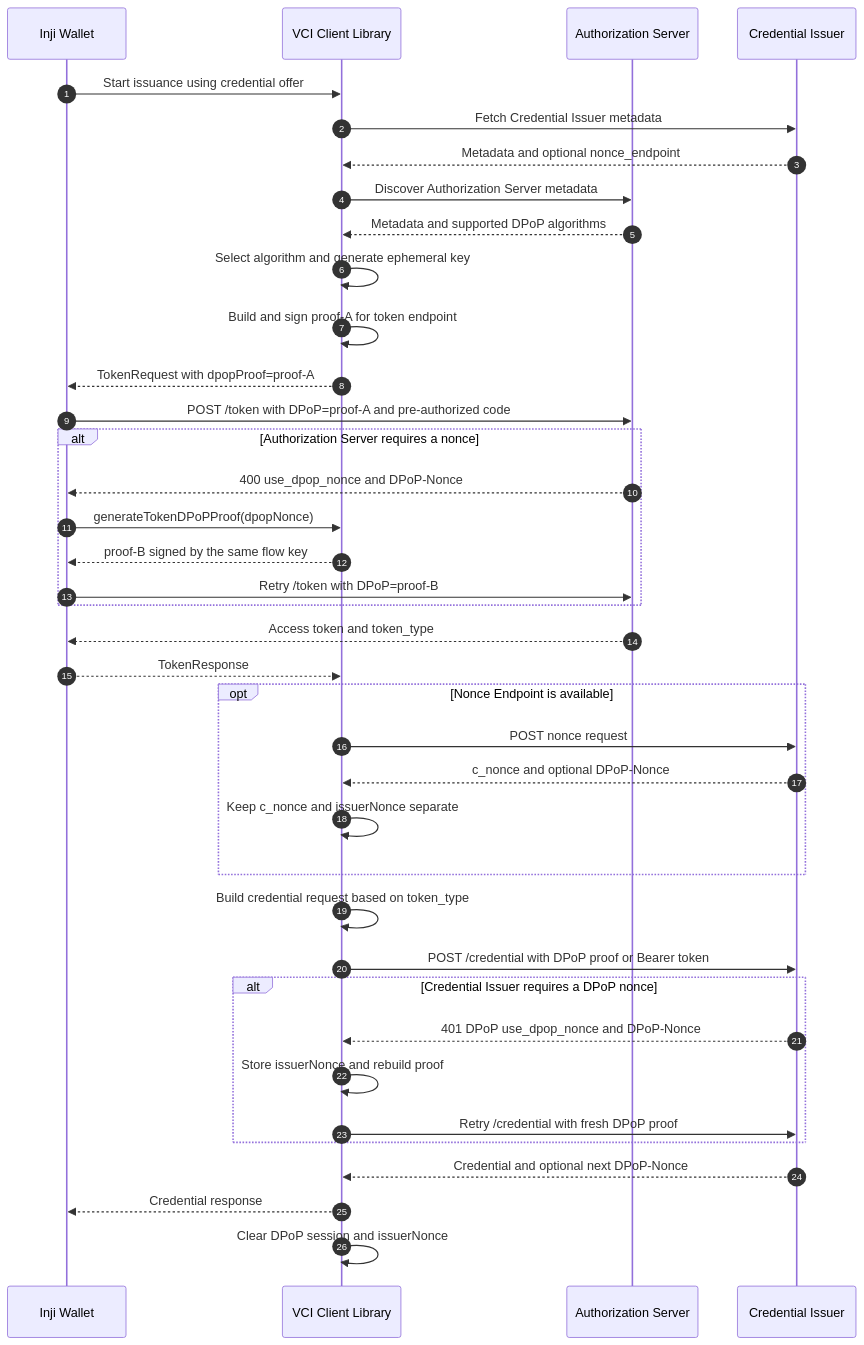
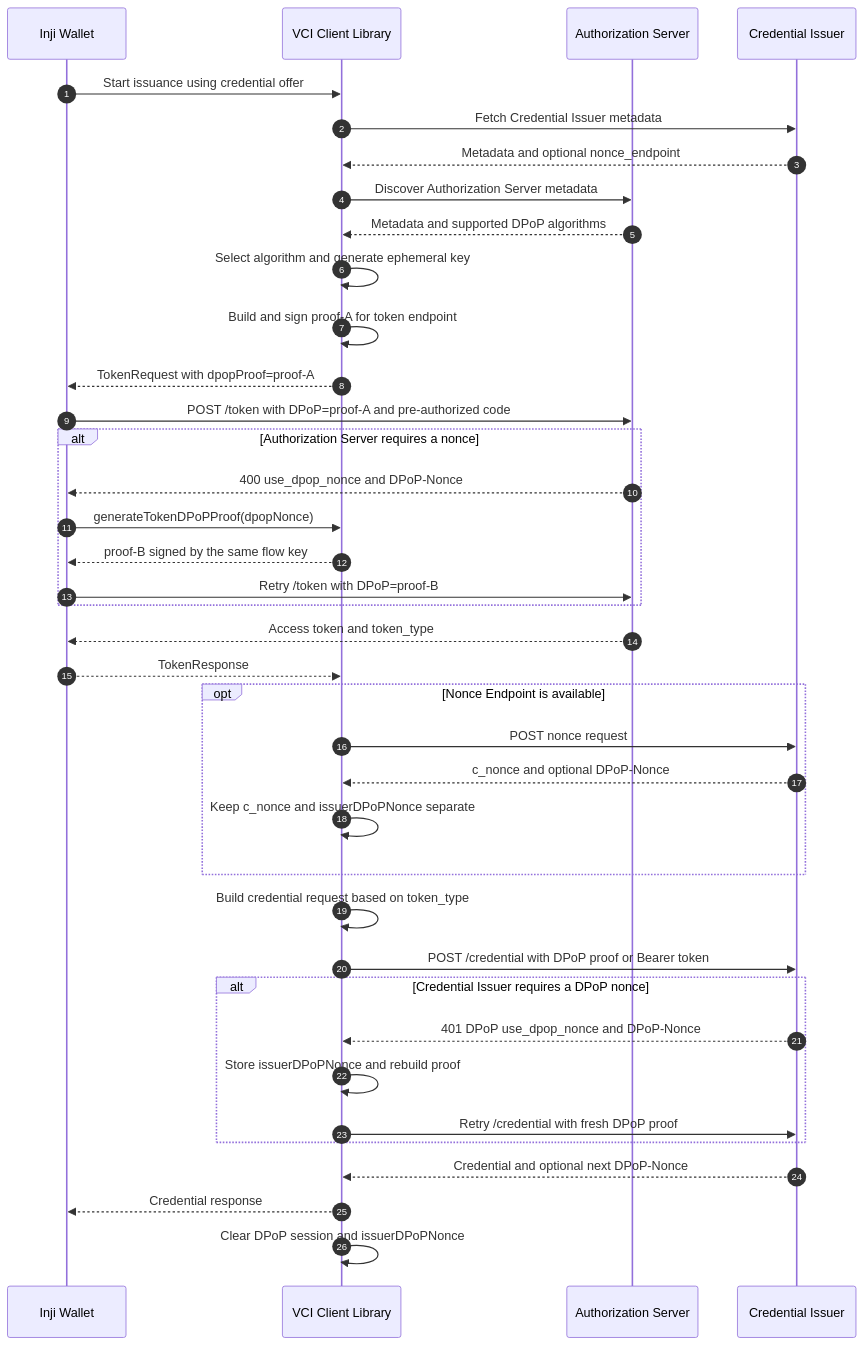
Before and after one commit to inji/inji-wallet: the second of 9 diagrams in docs/dpop-support.md, drawn with Mermaid. The commit also changed other lines of this file, not shown here.

First line of the commit message:
docs(dpop): clarify nonce naming and token endpoint boundary

````diff
--- a/docs/dpop-support.md
+++ b/docs/dpop-support.md
@@ -140,41 +140,41 @@
 ```mermaid
 sequenceDiagram
   autonumber
   participant W as Inji Wallet
   participant L as VCI Client Library
   participant AS as Authorization Server
   participant CI as Credential Issuer
 
   W->>L: Start issuance using credential offer
   L->>CI: Fetch Credential Issuer metadata
   CI-->>L: Metadata and optional nonce_endpoint
   L->>AS: Discover Authorization Server metadata
   AS-->>L: Metadata and supported DPoP algorithms
   L->>L: Select algorithm and generate ephemeral key
   L->>L: Build and sign proof-A for token endpoint
   L-->>W: TokenRequest with dpopProof=proof-A
   W->>AS: POST /token with DPoP=proof-A and pre-authorized code
   alt Authorization Server requires a nonce
     AS-->>W: 400 use_dpop_nonce and DPoP-Nonce
     W->>L: generateTokenDPoPProof(dpopNonce)
     L-->>W: proof-B signed by the same flow key
     W->>AS: Retry /token with DPoP=proof-B
   end
   AS-->>W: Access token and token_type
   W-->>L: TokenResponse
   opt Nonce Endpoint is available
     L->>CI: POST nonce request
     CI-->>L: c_nonce and optional DPoP-Nonce
-    L->>L: Keep c_nonce and issuerNonce separate
+    L->>L: Keep c_nonce and issuerDPoPNonce separate
   end
   L->>L: Build credential request based on token_type
   L->>CI: POST /credential with DPoP proof or Bearer token
   alt Credential Issuer requires a DPoP nonce
     CI-->>L: 401 DPoP use_dpop_nonce and DPoP-Nonce
-    L->>L: Store issuerNonce and rebuild proof
+    L->>L: Store issuerDPoPNonce and rebuild proof
     L->>CI: Retry /credential with fresh DPoP proof
   end
   CI-->>L: Credential and optional next DPoP-Nonce
   L-->>W: Credential response
-  L->>L: Clear DPoP session and issuerNonce
+  L->>L: Clear DPoP session and issuerDPoPNonce
 ```
````
